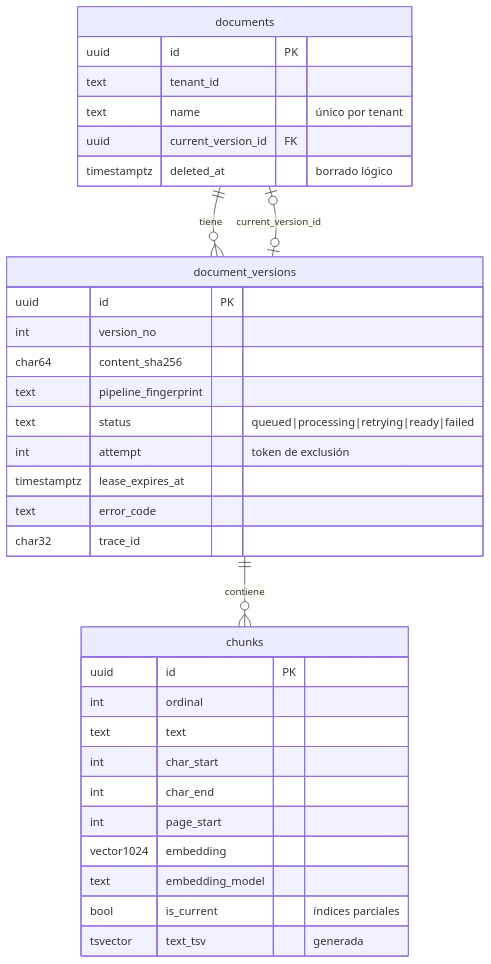
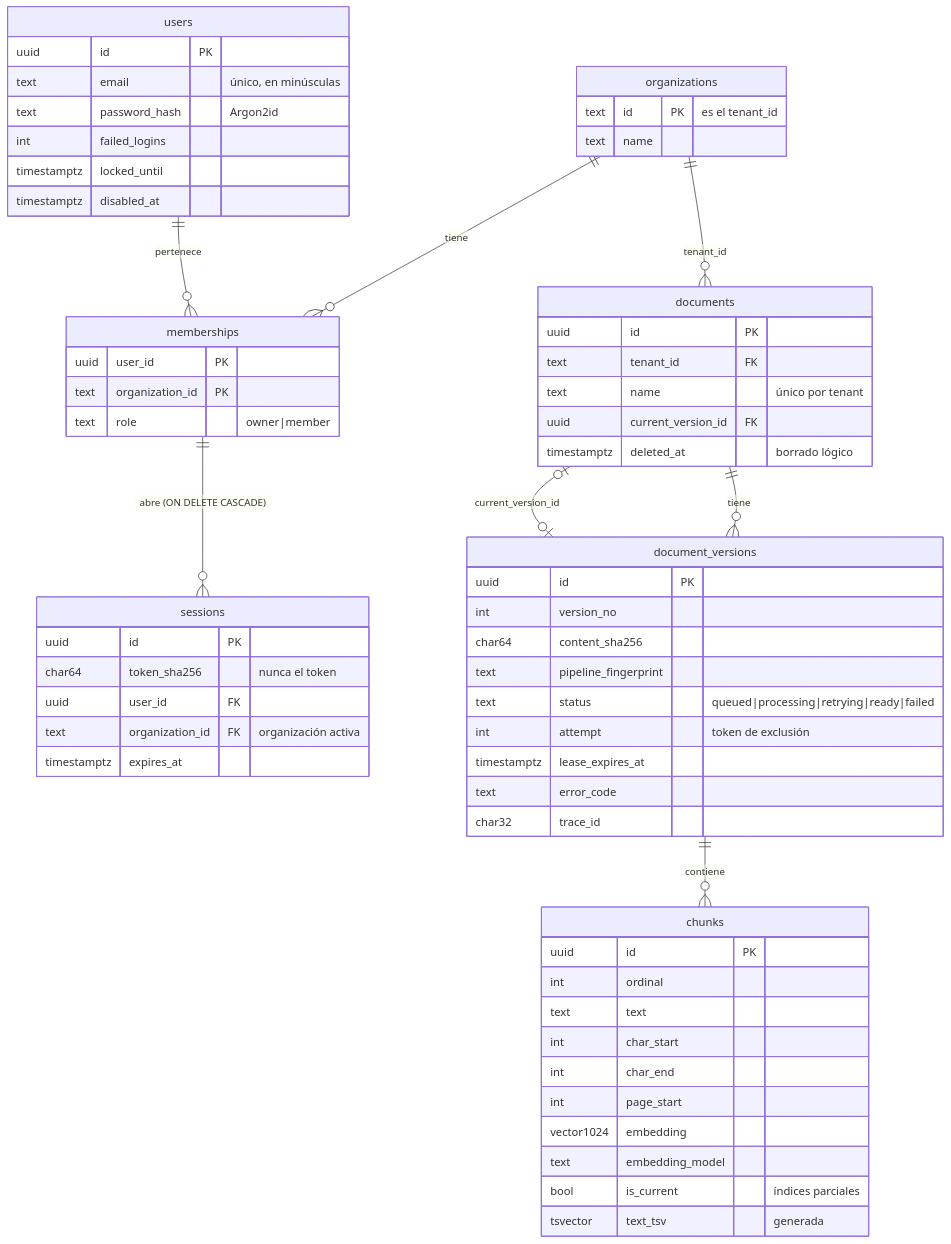
Before and after one commit to alayoalex/NorteLegalRAG: the third of 7 diagrams in docs/architecture.md, drawn with Mermaid. The commit also changed other lines of this file and 39 other files, not shown here.

````diff
--- a/docs/architecture.md
+++ b/docs/architecture.md
@@ -61,36 +61,64 @@
 ```mermaid
 erDiagram
+    organizations ||--o{ memberships : tiene
+    users ||--o{ memberships : pertenece
+    memberships ||--o{ sessions : "abre (ON DELETE CASCADE)"
+    organizations ||--o{ documents : "tenant_id"
     documents ||--o{ document_versions : tiene
     documents |o--o| document_versions : "current_version_id"
     document_versions ||--o{ chunks : contiene
+    organizations {
+        text id PK "es el tenant_id"
+        text name
+    }
+    users {
+        uuid id PK
+        text email "único, en minúsculas"
+        text password_hash "Argon2id"
+        int failed_logins
+        timestamptz locked_until
+        timestamptz disabled_at
+    }
+    memberships {
+        uuid user_id PK
+        text organization_id PK
+        text role "owner|member"
+    }
+    sessions {
+        uuid id PK
+        char64 token_sha256 "nunca el token"
+        uuid user_id FK
+        text organization_id FK "organización activa"
+        timestamptz expires_at
+    }
     documents {
         uuid id PK
-        text tenant_id
+        text tenant_id FK
         text name "único por tenant"
         uuid current_version_id FK
         timestamptz deleted_at "borrado lógico"
     }
     document_versions {
         uuid id PK
         int version_no
         char64 content_sha256
         text pipeline_fingerprint
         text status "queued|processing|retrying|ready|failed"
         int attempt "token de exclusión"
         timestamptz lease_expires_at
         text error_code
         char32 trace_id
     }
     chunks {
         uuid id PK
         int ordinal
         text text
         int char_start
         int char_end
         int page_start
         vector1024 embedding
         text embedding_model
         bool is_current "índices parciales"
         tsvector text_tsv "generada"
     }
 ```
````
